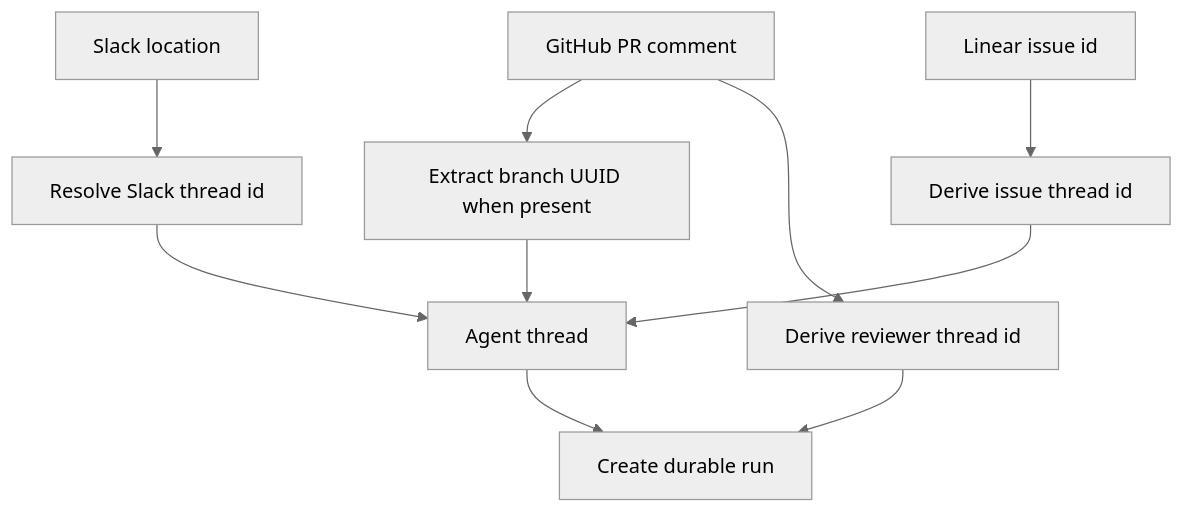
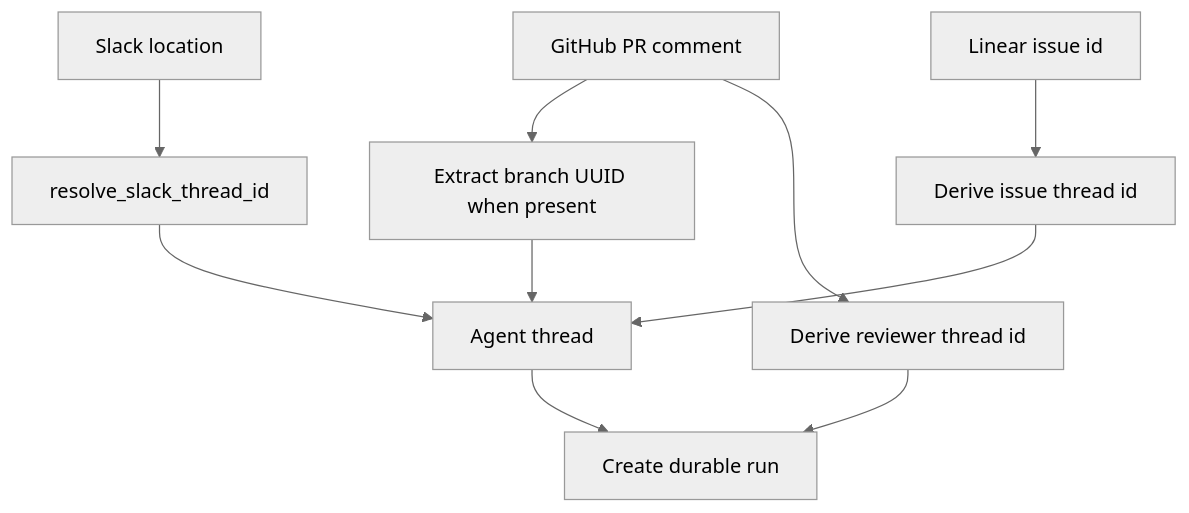
The first of 2 diagrams in openwiki/concepts/threads-and-state.md (aeteq/open-swe), drawn with Mermaid (neutral theme) before and after one commit. The commit also changed other lines of this file and 47 other files, not shown here.

````diff
--- a/openwiki/concepts/threads-and-state.md
+++ b/openwiki/concepts/threads-and-state.md
@@ -73,12 +76,12 @@
 ```mermaid
 flowchart TD
-  Slack["Slack location"] --> SlackID["Resolve Slack thread id"]
+  Slack["Slack location"] --> SlackResolve["resolve_slack_thread_id"]
   Linear["Linear issue id"] --> LinearID["Derive issue thread id"]
   PR["GitHub PR comment"] --> Branch["Extract branch UUID when present"]
   Branch --> AgentThread["Agent thread"]
-  SlackID --> AgentThread
+  SlackResolve --> AgentThread
   LinearID --> AgentThread
   PR --> Reviewer["Derive reviewer thread id"]
   AgentThread --> Run["Create durable run"]
   Reviewer --> Run
 ```
````
